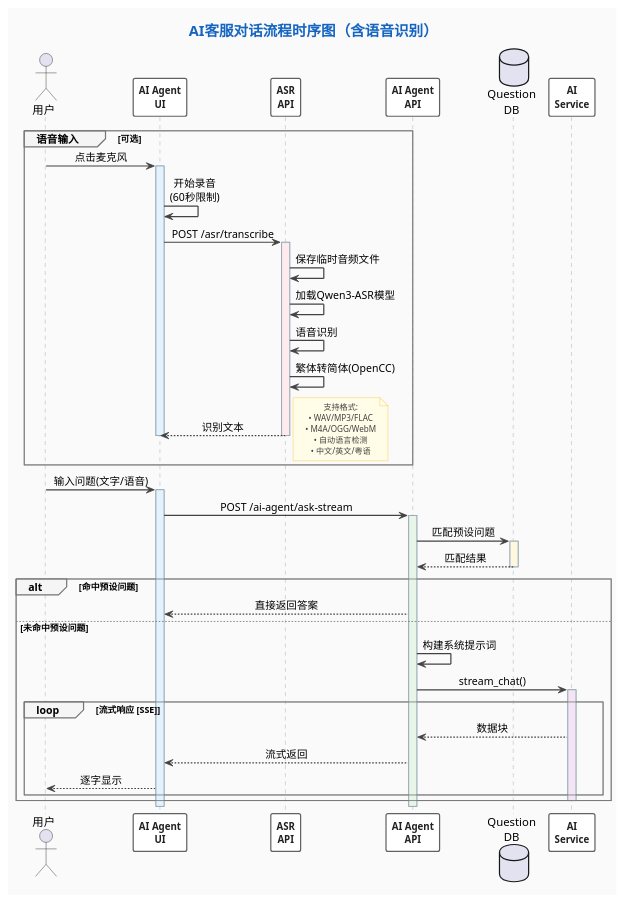
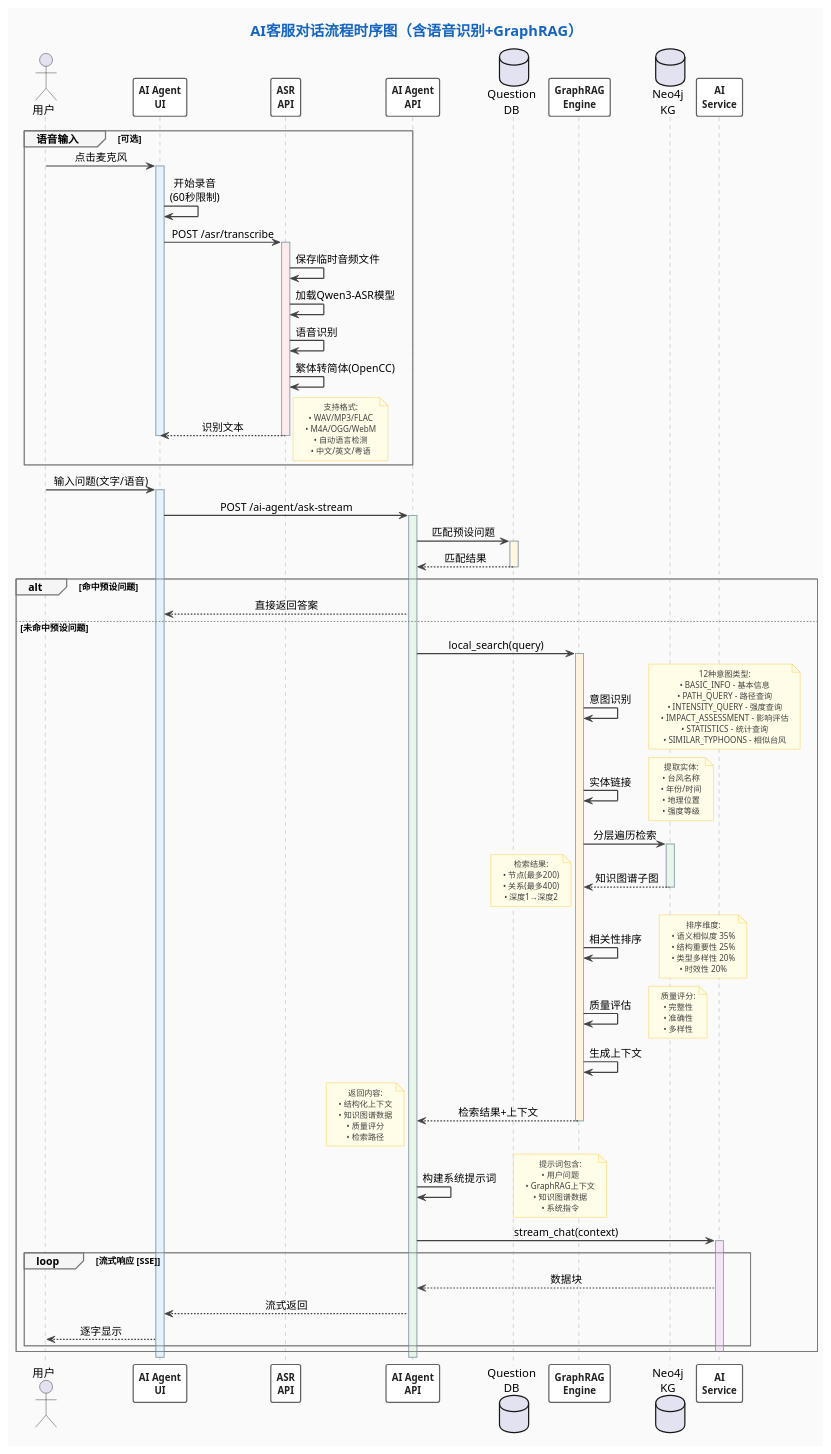
The third of 16 diagrams in docs/系统图表集.md (223nobody/TyphoonAnalysis), drawn with PlantUML before and after one commit. The commit also changed other lines of this file and 60 other files, not shown here.

Commit message:
feat:新增知识图谱功能

```diff
--- a/docs/系统图表集.md
+++ b/docs/系统图表集.md
@@ -310,13 +329,15 @@
 FontSize 10
 }
 
-title AI客服对话流程时序图（含语音识别）
+title AI客服对话流程时序图（含语音识别+GraphRAG）
 
 actor "用户" as User
 participant "AI Agent\nUI" as UI
 participant "ASR\nAPI" as ASRAPI
 participant "AI Agent\nAPI" as API
 database "Question\nDB" as QDB
+participant "GraphRAG\nEngine" as GraphRAG
+database "Neo4j\nKG" as Neo4j
 participant "AI\nService" as AI
 
 group 语音输入 [可选]
@@ -358,9 +379,82 @@
 alt 命中预设问题
 API --> UI : 直接返回答案
 else 未命中预设问题
+
+' GraphRAG 知识图谱检索流程
+API -> GraphRAG : local_search(query)
+activate GraphRAG #FFF3E0
+
+GraphRAG -> GraphRAG : 意图识别
+note right
+12种意图类型:
+• BASIC_INFO - 基本信息
+• PATH_QUERY - 路径查询
+• INTENSITY_QUERY - 强度查询
+• IMPACT_ASSESSMENT - 影响评估
+• STATISTICS - 统计查询
+• SIMILAR_TYPHOONS - 相似台风
+end note
+
+GraphRAG -> GraphRAG : 实体链接
+note right
+提取实体:
+• 台风名称
+• 年份/时间
+• 地理位置
+• 强度等级
+end note
+
+GraphRAG -> Neo4j : 分层遍历检索
+activate Neo4j #E8F5E9
+
+Neo4j --> GraphRAG : 知识图谱子图
+note left
+检索结果:
+• 节点(最多200)
+• 关系(最多400)
+• 深度1→深度2
+end note
+deactivate Neo4j
+
+GraphRAG -> GraphRAG : 相关性排序
+note right
+排序维度:
+• 语义相似度 35%
+• 结构重要性 25%
+• 类型多样性 20%
+• 时效性 20%
+end note
+
+GraphRAG -> GraphRAG : 质量评估
+note right
+质量评分:
+• 完整性
+• 准确性
+• 多样性
+end note
+
+GraphRAG -> GraphRAG : 生成上下文
+
+GraphRAG --> API : 检索结果+上下文
+note left
+返回内容:
+• 结构化上下文
+• 知识图谱数据
+• 质量评分
+• 检索路径
+end note
+deactivate GraphRAG
+
 API -> API : 构建系统提示词
+note right
+提示词包含:
+• 用户问题
+• GraphRAG上下文
+• 知识图谱数据
+• 系统指令
+end note
 
-API -> AI : stream_chat()
+API -> AI : stream_chat(context)
 activate AI #F3E5F5
 
 loop 流式响应 [SSE]
```
